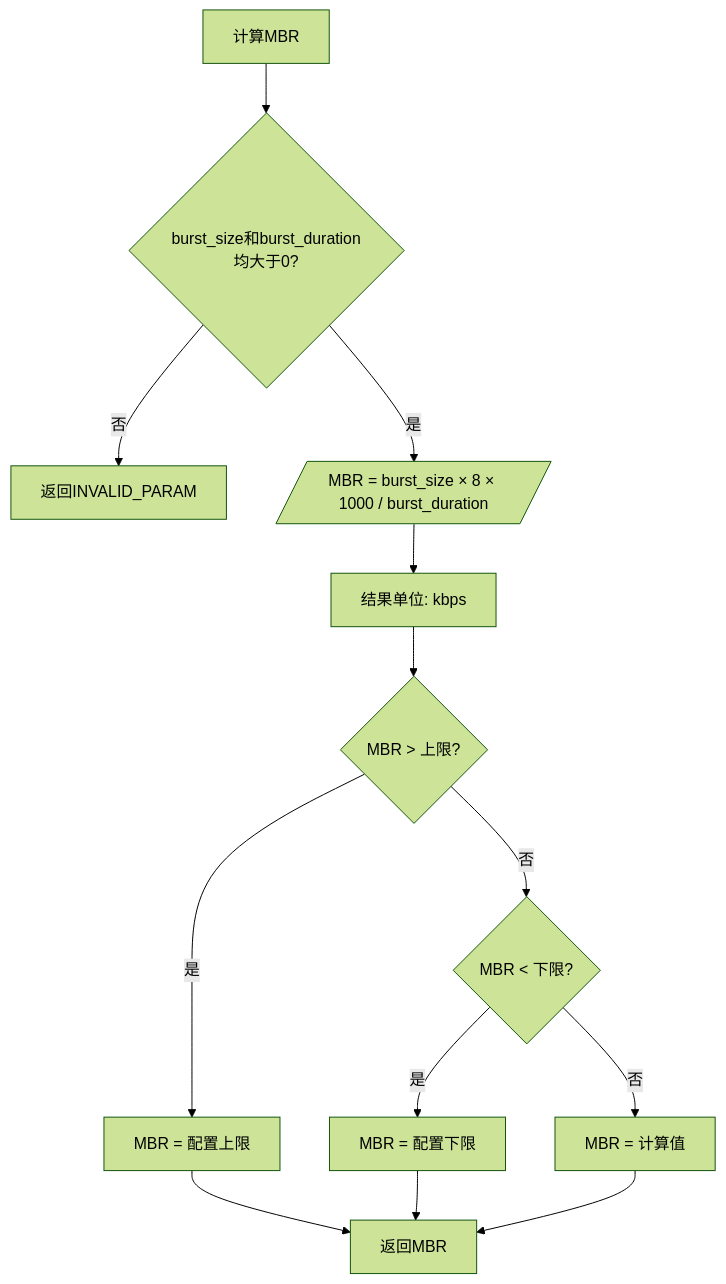
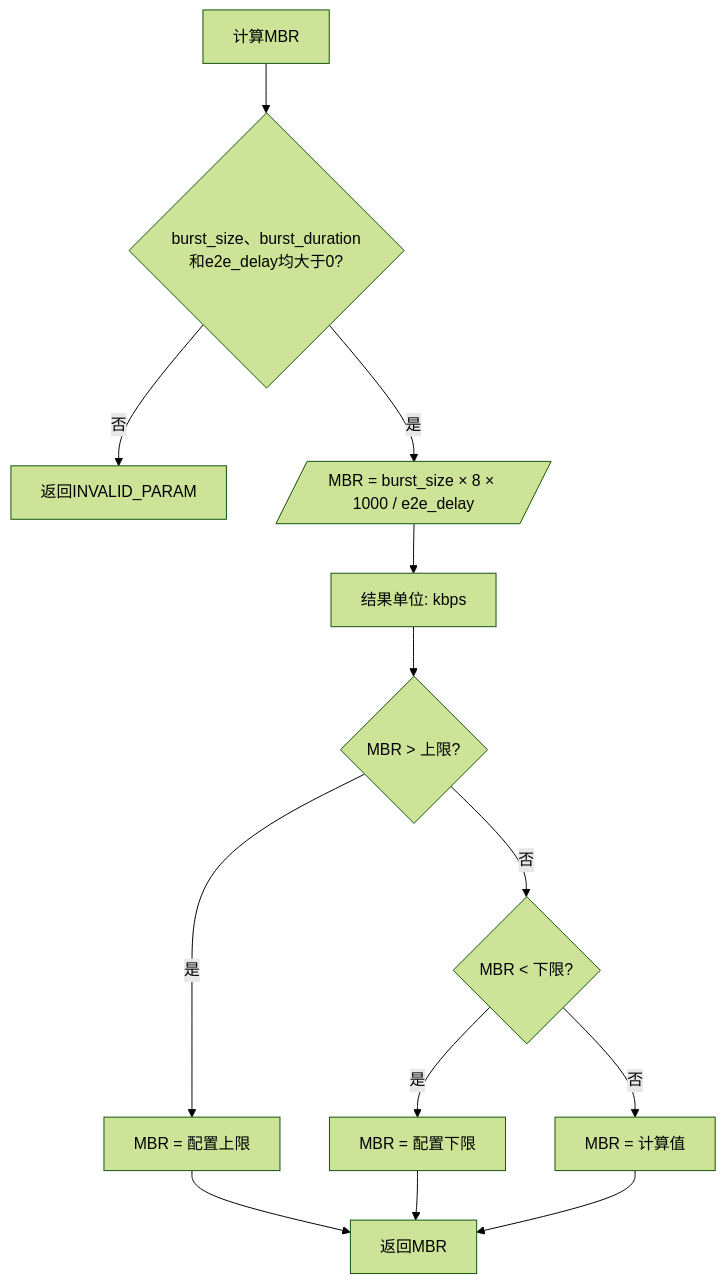
Before and after one commit to acore2026/QoSModule: the sixth of 10 diagrams in 随路Qos设计文档.md, drawn with Mermaid (forest theme). The commit also changed other lines of this file and 4 other files, not shown here.

````diff
--- a/随路Qos设计文档.md
+++ b/随路Qos设计文档.md
@@ -389,15 +390,15 @@
 ```mermaid
 flowchart TD
-A[计算MBR] --> B{burst_size和burst_duration均大于0?}
+A[计算MBR] --> B{burst_size、burst_duration和e2e_delay均大于0?}
 B -->|否| Z[返回INVALID_PARAM]
-B -->|是| E[/MBR = burst_size × 8 × 1000 / burst_duration/]
+B -->|是| E[/MBR = burst_size × 8 × 1000 / e2e_delay/]
 E --> F[结果单位: kbps]
 F --> G{MBR > 上限?}
 G -->|是| H[MBR = 配置上限]
 G -->|否| I{MBR < 下限?}
 I -->|是| J[MBR = 配置下限]
 I -->|否| K[MBR = 计算值]
 H --> L[返回MBR]
 J --> L
 K --> L
 ```
````
